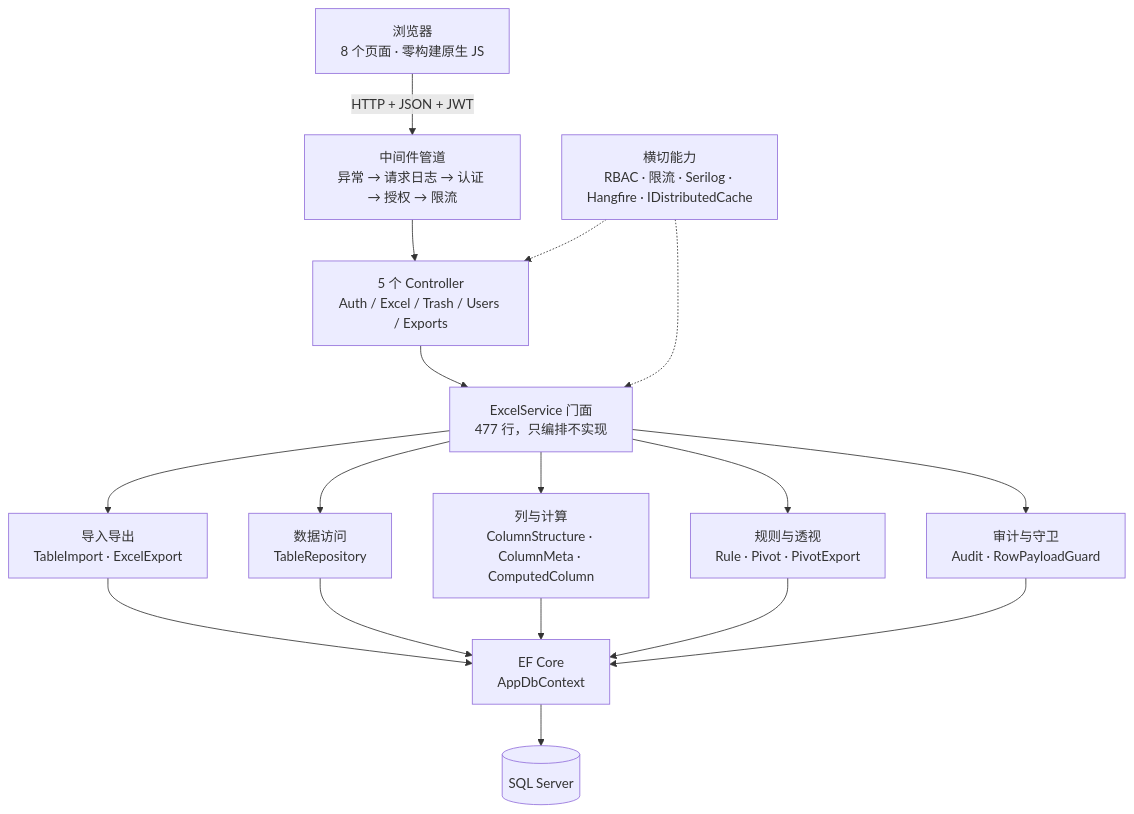
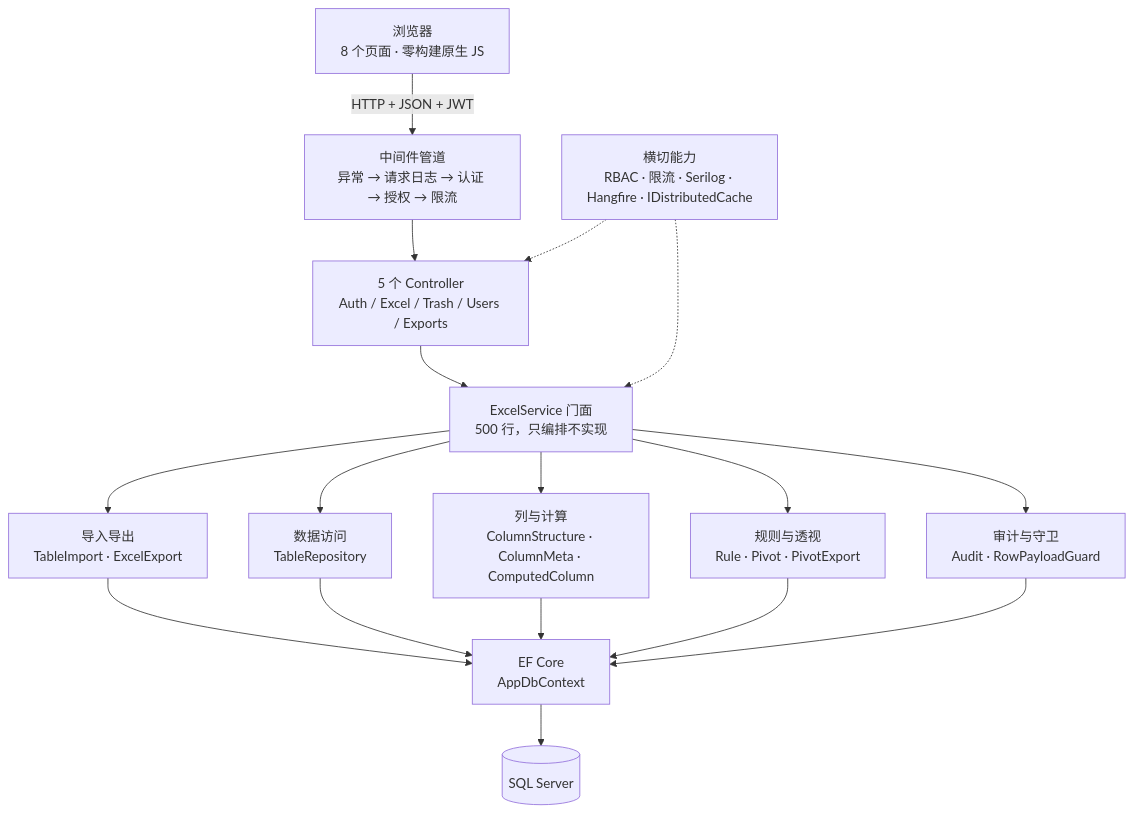
One commit to zhenghongxuan2005/ExcelToWeb changed the first of 2 diagrams in README.md. Above: the diagram before and after it, drawn with Mermaid. The commit also changed other lines of this file, not shown here.

````diff
--- a/README.md
+++ b/README.md
@@ -119,32 +119,32 @@
 ```mermaid
 flowchart TB
     UI["浏览器<br/>8 个页面 · 零构建原生 JS"]
     MW["中间件管道<br/>异常 → 请求日志 → 认证 → 授权 → 限流"]
     CTRL["5 个 Controller<br/>Auth / Excel / Trash / Users / Exports"]
-    SVC["ExcelService 门面<br/>477 行，只编排不实现"]
+    SVC["ExcelService 门面<br/>500 行，只编排不实现"]
     C1["导入导出<br/>TableImport · ExcelExport"]
     C2["数据访问<br/>TableRepository"]
     C3["列与计算<br/>ColumnStructure · ColumnMeta · ComputedColumn"]
     C4["规则与透视<br/>Rule · Pivot · PivotExport"]
     C5["审计与守卫<br/>Audit · RowPayloadGuard"]
     EF["EF Core<br/>AppDbContext"]
     DB[("SQL Server")]
     SIDE["横切能力<br/>RBAC · 限流 · Serilog · Hangfire · IDistributedCache"]
 
     UI -->|"HTTP + JSON + JWT"| MW
     MW --> CTRL
     CTRL --> SVC
     SVC --> C1
     SVC --> C2
     SVC --> C3
     SVC --> C4
     SVC --> C5
     C1 --> EF
     C2 --> EF
     C3 --> EF
     C4 --> EF
     C5 --> EF
     EF --> DB
     SIDE -.-> CTRL
     SIDE -.-> SVC
 ```
````
